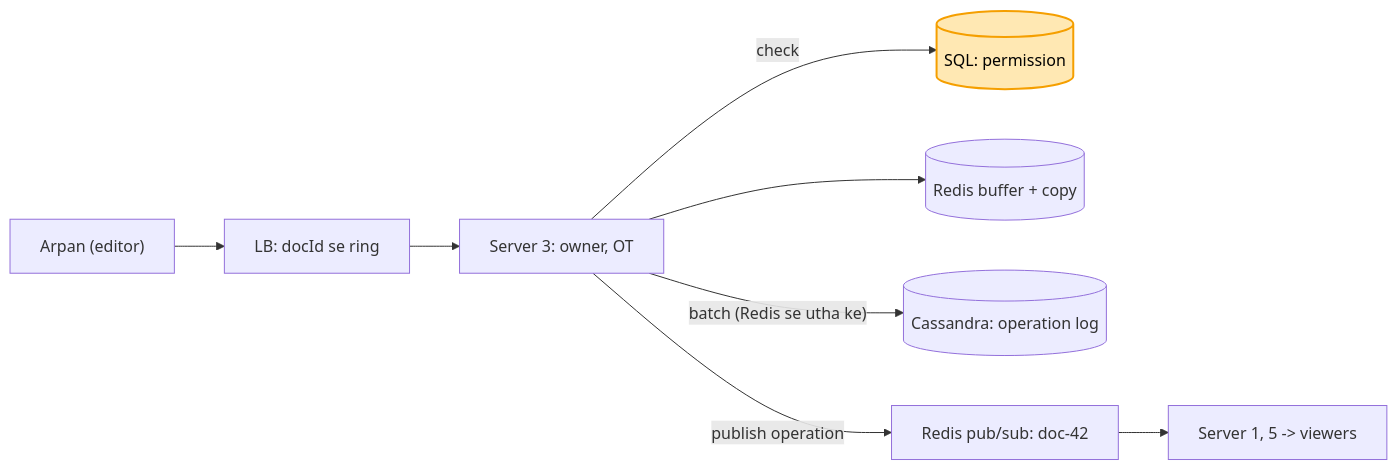
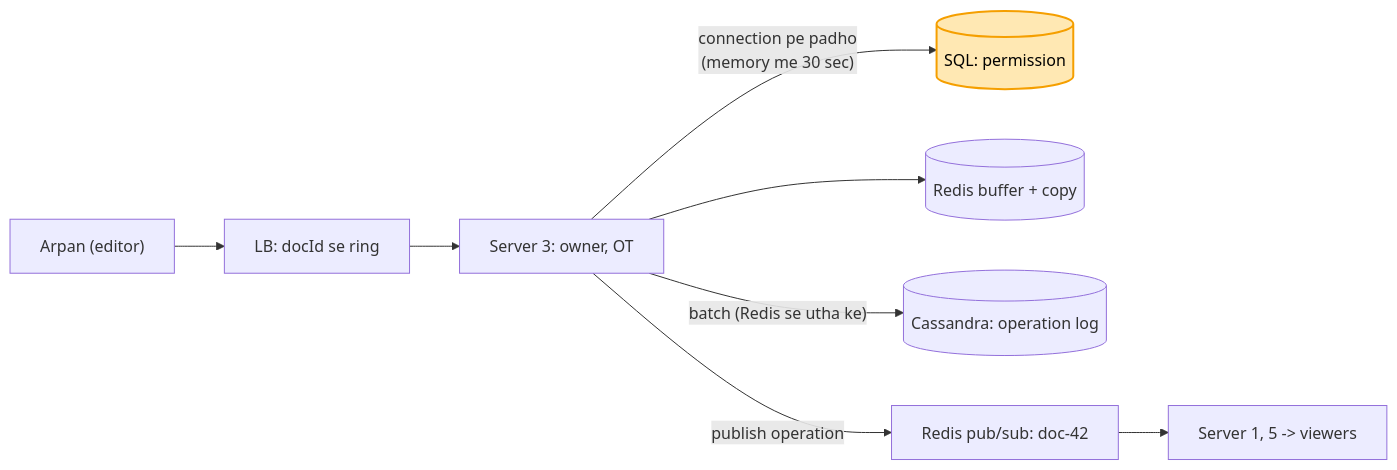
One commit to ArpanMaheshwari144/Prep changed the ninth of 9 diagrams in 04_HLD/SYSTEM_DESIGNS/11_google_docs_collab/11_google_docs_collab.md. Above: the diagram before and after it, drawn with Mermaid. The commit also changed other lines of this file, not shown here.

Commit message:
docs kadam 9: permission har akshar pe SQL nahi -> memory 30 sec + revoke pe pub/sub

````diff
--- a/04_HLD/SYSTEM_DESIGNS/11_google_docs_collab/11_google_docs_collab.md
+++ b/04_HLD/SYSTEM_DESIGNS/11_google_docs_collab/11_google_docs_collab.md
@@ -355,11 +366,11 @@
 ```mermaid
 flowchart LR
     A["Arpan (editor)"] --> LB["LB: docId se ring"]
     LB --> S3["Server 3: owner, OT"]
-    S3 -- "check" --> Q[("SQL: permission")]
+    S3 -- "connection pe padho<br/>(memory me 30 sec)" --> Q[("SQL: permission")]
     S3 --> B[("Redis buffer + copy")]
     S3 -- "batch (Redis se utha ke)" --> C[("Cassandra: operation log")]
     S3 -- "publish operation" --> P["Redis pub/sub: doc-42"]
     P --> V["Server 1, 5 -> viewers"]
     style Q fill:#ffe8b3,stroke:#f59f00,stroke-width:2px,color:#000
 ```
````
